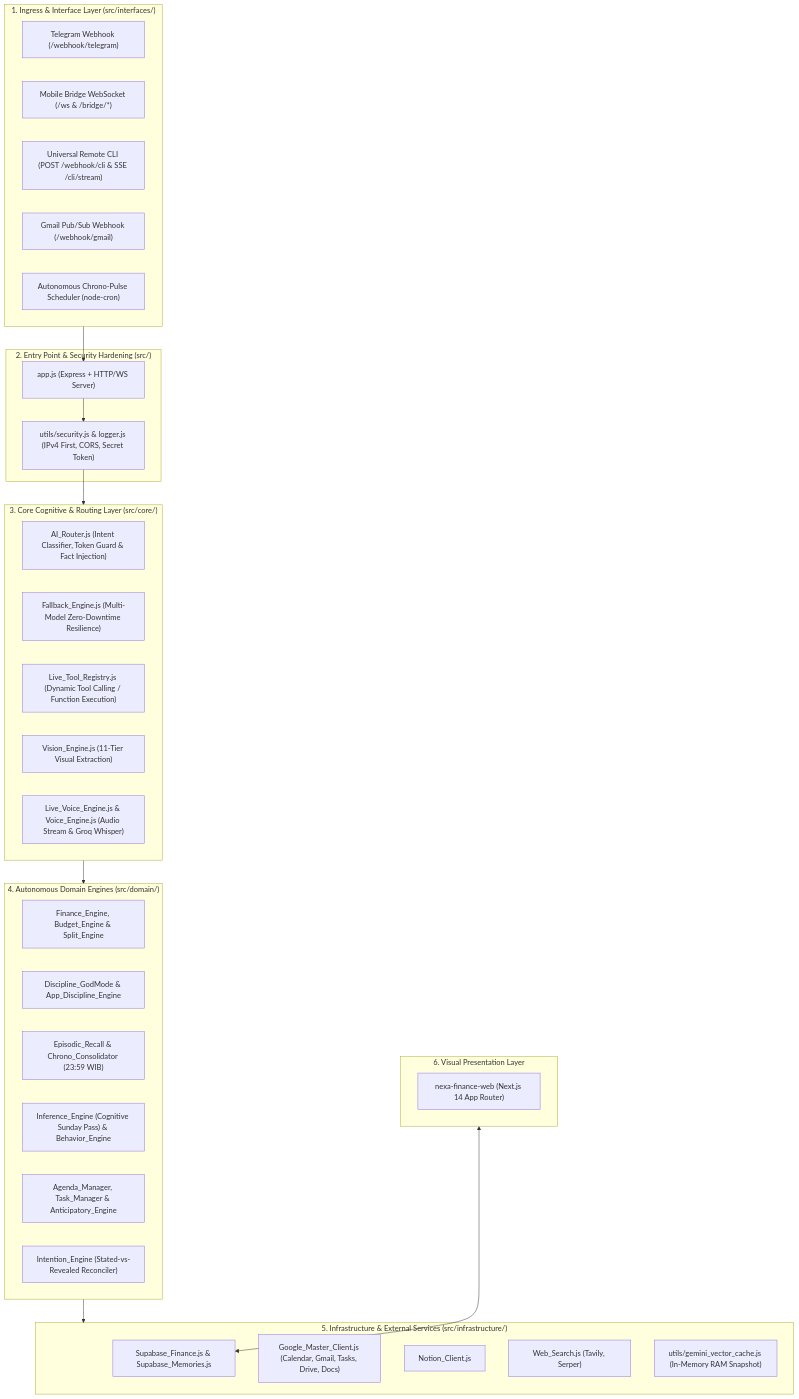
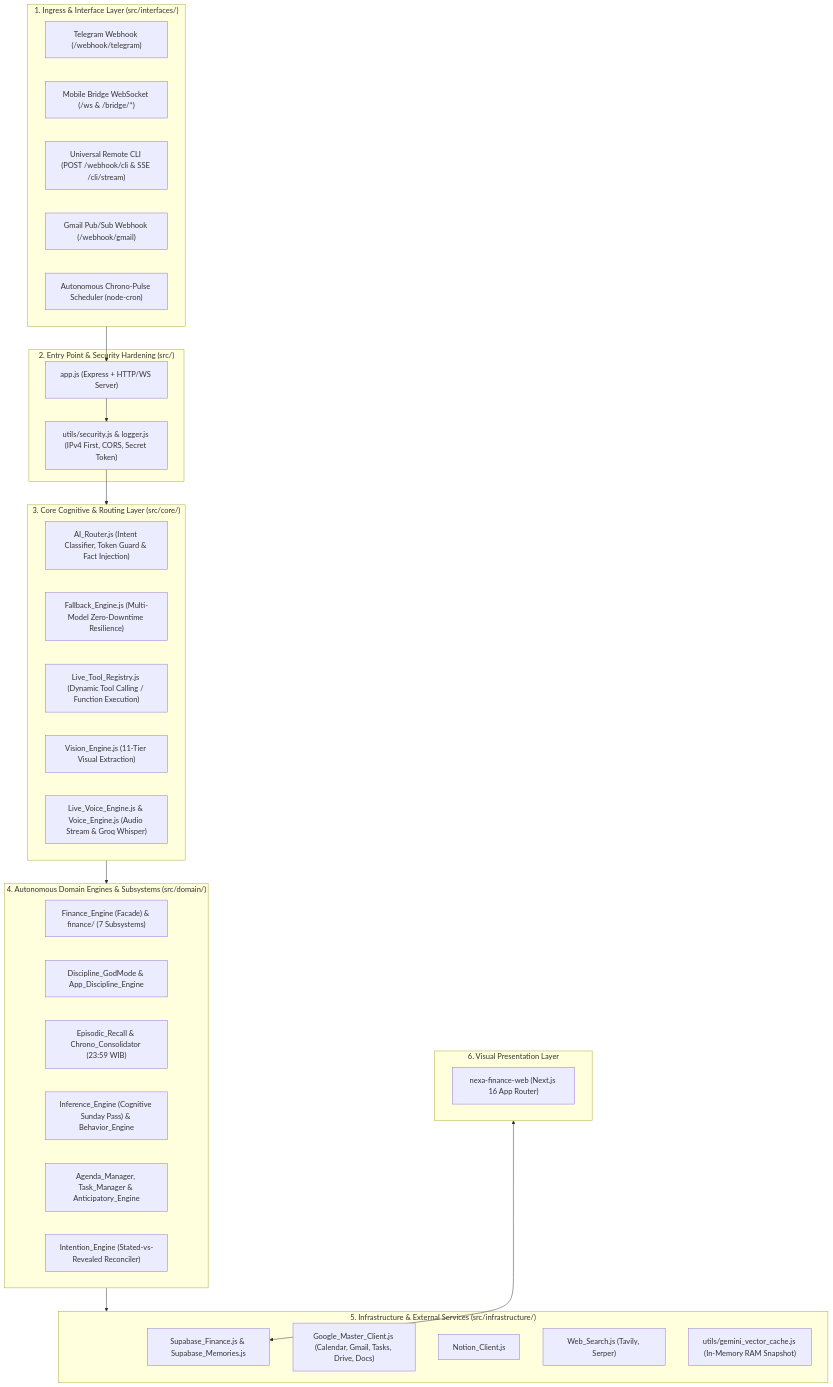
The first of 5 diagrams in docs/NEXA_Whitepaper.md (Knightrelaxed/nexa-server), drawn with Mermaid before and after one commit. The commit also changed other lines of this file, not shown here.

````diff
--- a/docs/NEXA_Whitepaper.md
+++ b/docs/NEXA_Whitepaper.md
@@ -395,51 +395,51 @@
 ```mermaid
 flowchart TD
     subgraph Ingress["1. Ingress & Interface Layer (src/interfaces/)"]
         TG["Telegram Webhook (/webhook/telegram)"]
         MB["Mobile Bridge WebSocket (/ws & /bridge/*)"]
         CLI_IN["Universal Remote CLI (POST /webhook/cli & SSE /cli/stream)"]
         GMAIL_IN["Gmail Pub/Sub Webhook (/webhook/gmail)"]
         CRON["Autonomous Chrono-Pulse Scheduler (node-cron)"]
     end
 
     subgraph Entry["2. Entry Point & Security Hardening (src/)"]
         APP["app.js (Express + HTTP/WS Server)"]
         SEC["utils/security.js & logger.js (IPv4 First, CORS, Secret Token)"]
     end
 
     subgraph CoreBrain["3. Core Cognitive & Routing Layer (src/core/)"]
         AIR["AI_Router.js (Intent Classifier, Token Guard & Fact Injection)"]
         FBE["Fallback_Engine.js (Multi-Model Zero-Downtime Resilience)"]
         TR["Live_Tool_Registry.js (Dynamic Tool Calling / Function Execution)"]
         VE["Vision_Engine.js (11-Tier Visual Extraction)"]
         VOICE["Live_Voice_Engine.js & Voice_Engine.js (Audio Stream & Groq Whisper)"]
     end
 
-    subgraph DomainLogic["4. Autonomous Domain Engines (src/domain/)"]
-        FIN["Finance_Engine, Budget_Engine & Split_Engine"]
+    subgraph DomainLogic["4. Autonomous Domain Engines & Subsystems (src/domain/)"]
+        FIN["Finance_Engine (Facade) & finance/ (7 Subsystems)"]
         DISC["Discipline_GodMode & App_Discipline_Engine"]
         MEM["Episodic_Recall & Chrono_Consolidator (23:59 WIB)"]
         INF["Inference_Engine (Cognitive Sunday Pass) & Behavior_Engine"]
         PLAN["Agenda_Manager, Task_Manager & Anticipatory_Engine"]
         INT["Intention_Engine (Stated-vs-Revealed Reconciler)"]
     end
 
     subgraph InfraLayer["5. Infrastructure & External Services (src/infrastructure/)"]
         SUPA["Supabase_Finance.js & Supabase_Memories.js"]
         GMC["Google_Master_Client.js (Calendar, Gmail, Tasks, Drive, Docs)"]
         NOTION_C["Notion_Client.js"]
         SEARCH_C["Web_Search.js (Tavily, Serper)"]
         VEC_CACHE["utils/gemini_vector_cache.js (In-Memory RAM Snapshot)"]
     end
 
     subgraph FrontendUI["6. Visual Presentation Layer"]
-        NFW["nexa-finance-web (Next.js 14 App Router)"]
+        NFW["nexa-finance-web (Next.js 16 App Router)"]
     end
 
     Ingress --> APP
     APP --> SEC
     SEC --> CoreBrain
     CoreBrain --> DomainLogic
     DomainLogic --> InfraLayer
     FrontendUI <--> SUPA
 ```
````
